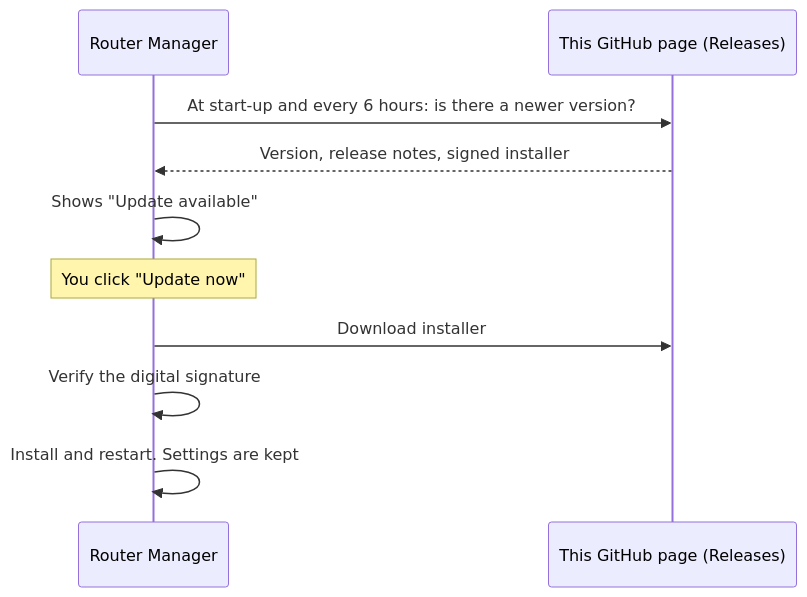
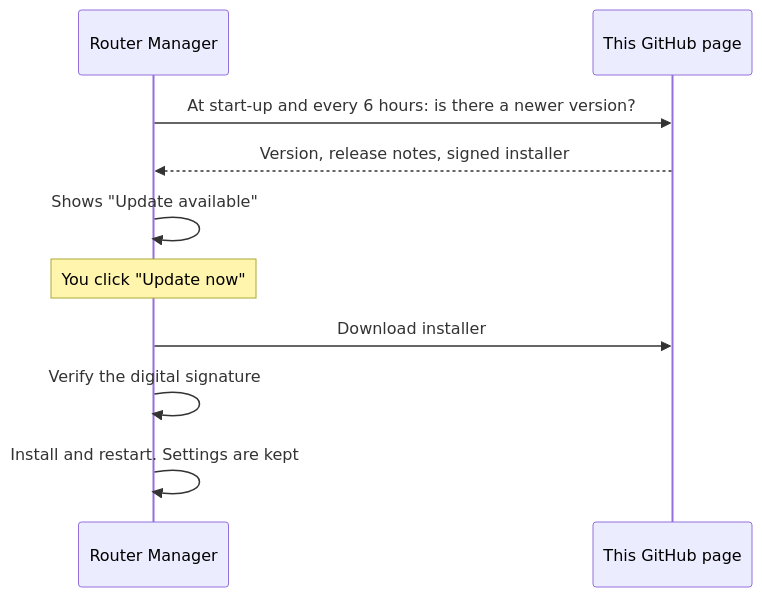
Before and after one commit to MiMat82/Router-management-release: the third of 3 diagrams in README.md, drawn with Mermaid. The commit also changed other lines of this file and 5 other files, not shown here.

````diff
--- a/README.md
+++ b/README.md
@@ -204,12 +203,12 @@
 ```mermaid
 sequenceDiagram
     participant App as Router Manager
-    participant GH as This GitHub page (Releases)
+    participant GH as This GitHub page
     App->>GH: At start-up and every 6 hours: is there a newer version?
     GH-->>App: Version, release notes, signed installer
     App->>App: Shows "Update available"
     Note over App: You click "Update now"
     App->>GH: Download installer
     App->>App: Verify the digital signature
     App->>App: Install and restart. Settings are kept
 ```
````
